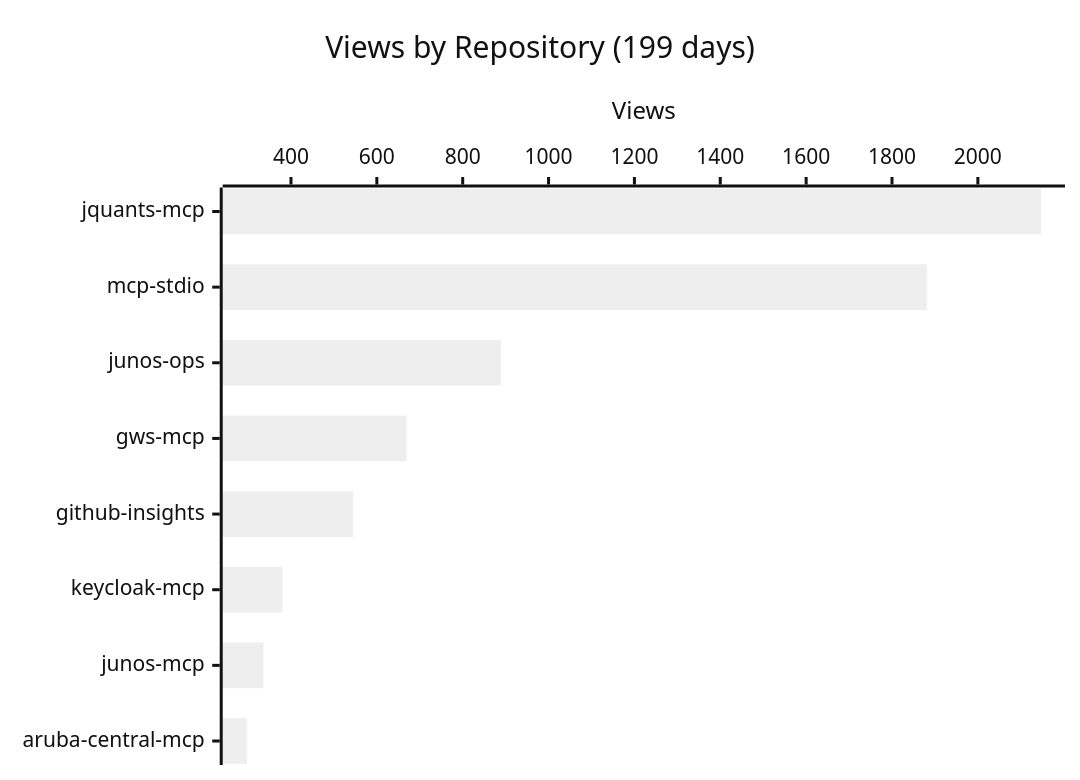
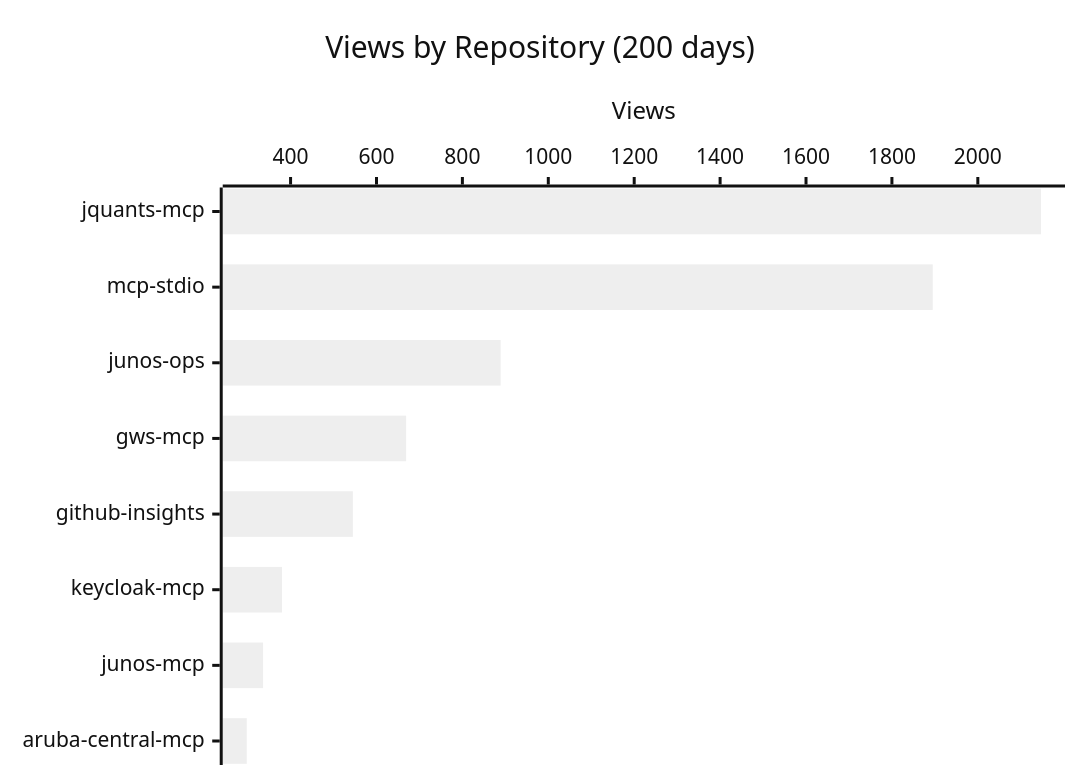
Before and after one commit to shigechika/github-insights: the first of 4 diagrams in README.md, drawn with Mermaid (neutral theme). The commit also changed other lines of this file and 2 other files, not shown here.

````diff
--- a/README.md
+++ b/README.md
@@ -18,7 +18,7 @@
 ```mermaid
 xychart-beta horizontal
-    title "Views by Repository (199 days)"
+    title "Views by Repository (200 days)"
     x-axis ["jquants-mcp", "mcp-stdio", "junos-ops", "gws-mcp", "github-insights", "keycloak-mcp", "junos-mcp", "aruba-central-mcp"]
     y-axis "Views"
-    bar [2147, 1881, 889, 669, 545, 380, 336, 297]
+    bar [2147, 1895, 889, 669, 545, 380, 336, 298]
 ```
````
